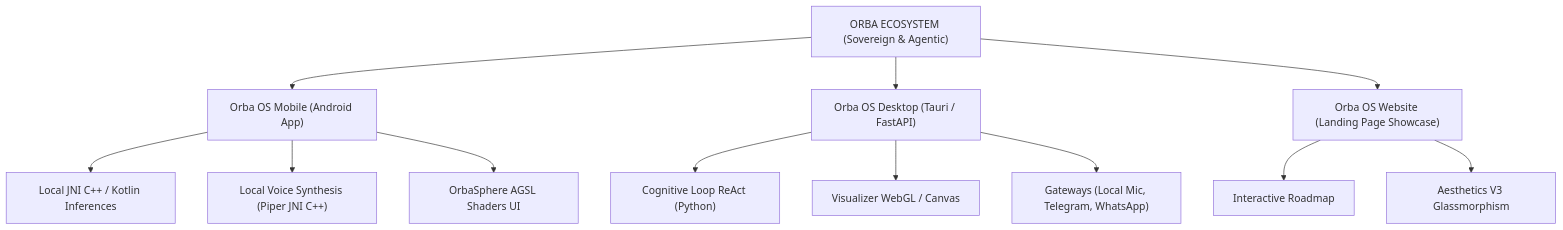
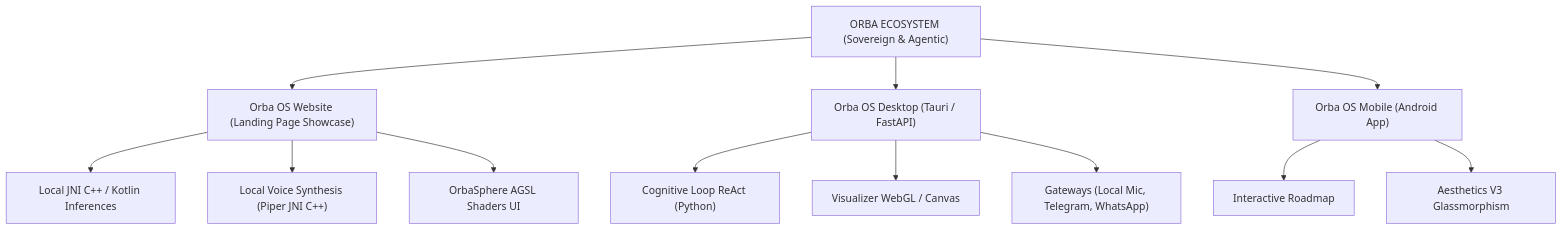
One commit to AlexKoncept/ORBA_OS changed the first of 2 diagrams in README.md. Above: the diagram before and after it, drawn with Mermaid. The commit also changed other lines of this file, not shown here.

````diff
--- a/README.md
+++ b/README.md
@@ -47,17 +47,17 @@
 ```mermaid
 graph TD
-    A["ORBA ECOSYSTEM (Sovereign & Agentic)"] --> B["Orba OS Mobile (Android App)"]
+    A["ORBA ECOSYSTEM (Sovereign & Agentic)"] --> D["Orba OS Website (Landing Page Showcase)"]
     A --> C["Orba OS Desktop (Tauri / FastAPI)"]
-    A --> D["Orba OS Website (Landing Page Showcase)"]
+    A --> B["Orba OS Mobile (Android App)"]
 
-    B --> B1["Local JNI C++ / Kotlin Inferences"]
-    B --> B2["Local Voice Synthesis (Piper JNI C++)"]
-    B --> B3["OrbaSphere AGSL Shaders UI"]
+    D --> D1["Local JNI C++ / Kotlin Inferences"]
+    D --> D2["Local Voice Synthesis (Piper JNI C++)"]
+    D --> D3["OrbaSphere AGSL Shaders UI"]
 
     C --> C1["Cognitive Loop ReAct (Python)"]
     C --> C2["Visualizer WebGL / Canvas"]
     C --> C3["Gateways (Local Mic, Telegram, WhatsApp)"]
 
-    D --> D1["Interactive Roadmap"]
-    D --> D2["Aesthetics V3 Glassmorphism"]
+    B --> B1["Interactive Roadmap"]
+    B --> B2["Aesthetics V3 Glassmorphism"]
 ```
````
